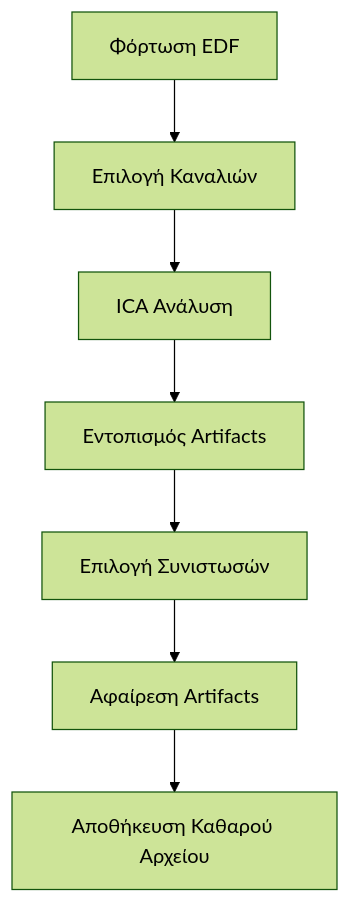
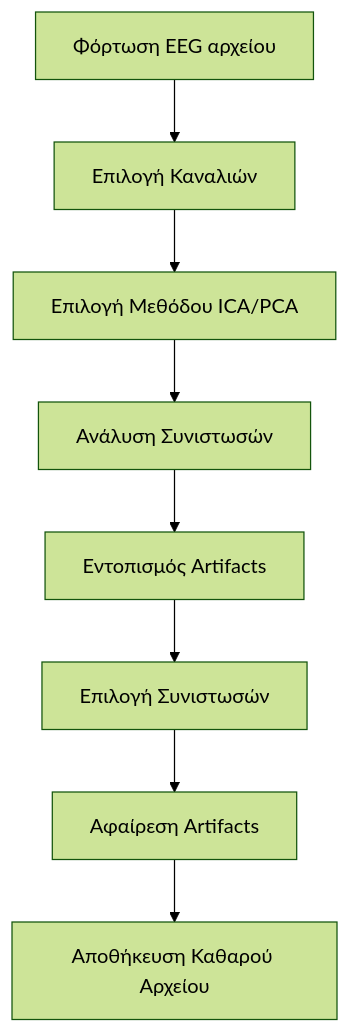
The first of 2 diagrams in README.md (porfanid/Katharsis), drawn with Mermaid (forest theme) before and after one commit. The commit also changed other lines of this file and 2 other files, not shown here.

````diff
--- a/README.md
+++ b/README.md
@@ -87,9 +94,10 @@
 ```mermaid
 graph TD
-    A[Φόρτωση EDF] --> B[Επιλογή Καναλιών]
-    B --> C[ICA Ανάλυση]
-    C --> D[Εντοπισμός Artifacts]
-    D --> E[Επιλογή Συνιστωσών]
-    E --> F[Αφαίρεση Artifacts]
-    F --> G[Αποθήκευση Καθαρού Αρχείου]
+    A[Φόρτωση EEG αρχείου] --> B[Επιλογή Καναλιών]
+    B --> C[Επιλογή Μεθόδου ICA/PCA]
+    C --> D[Ανάλυση Συνιστωσών]
+    D --> E[Εντοπισμός Artifacts]
+    E --> F[Επιλογή Συνιστωσών]
+    F --> G[Αφαίρεση Artifacts]
+    G --> H[Αποθήκευση Καθαρού Αρχείου]
 ```
````
